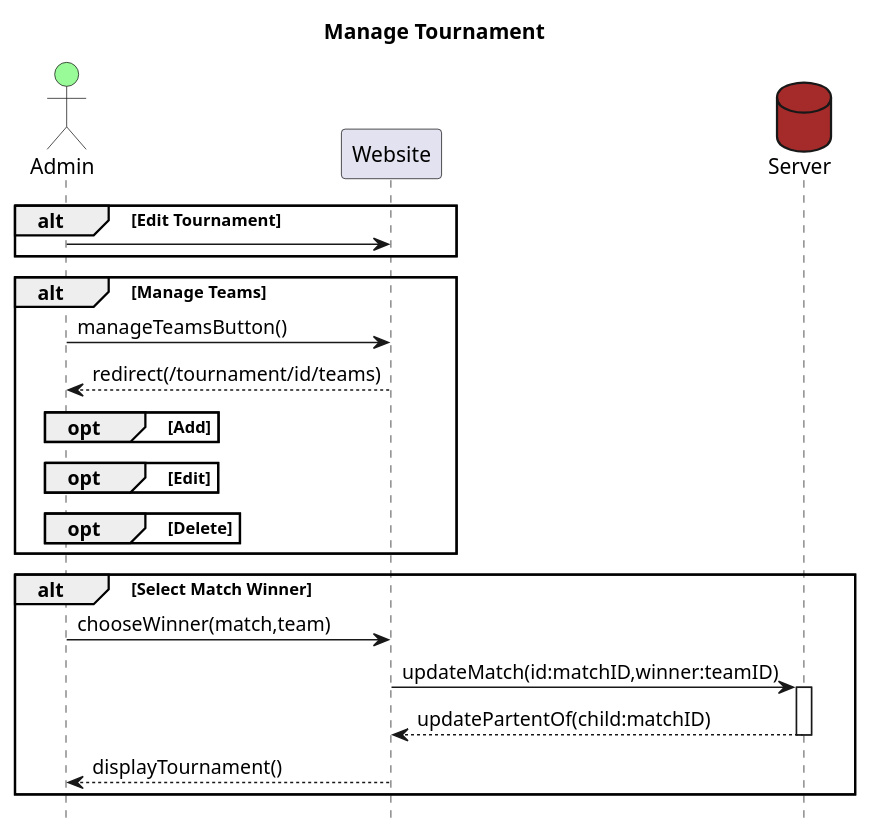
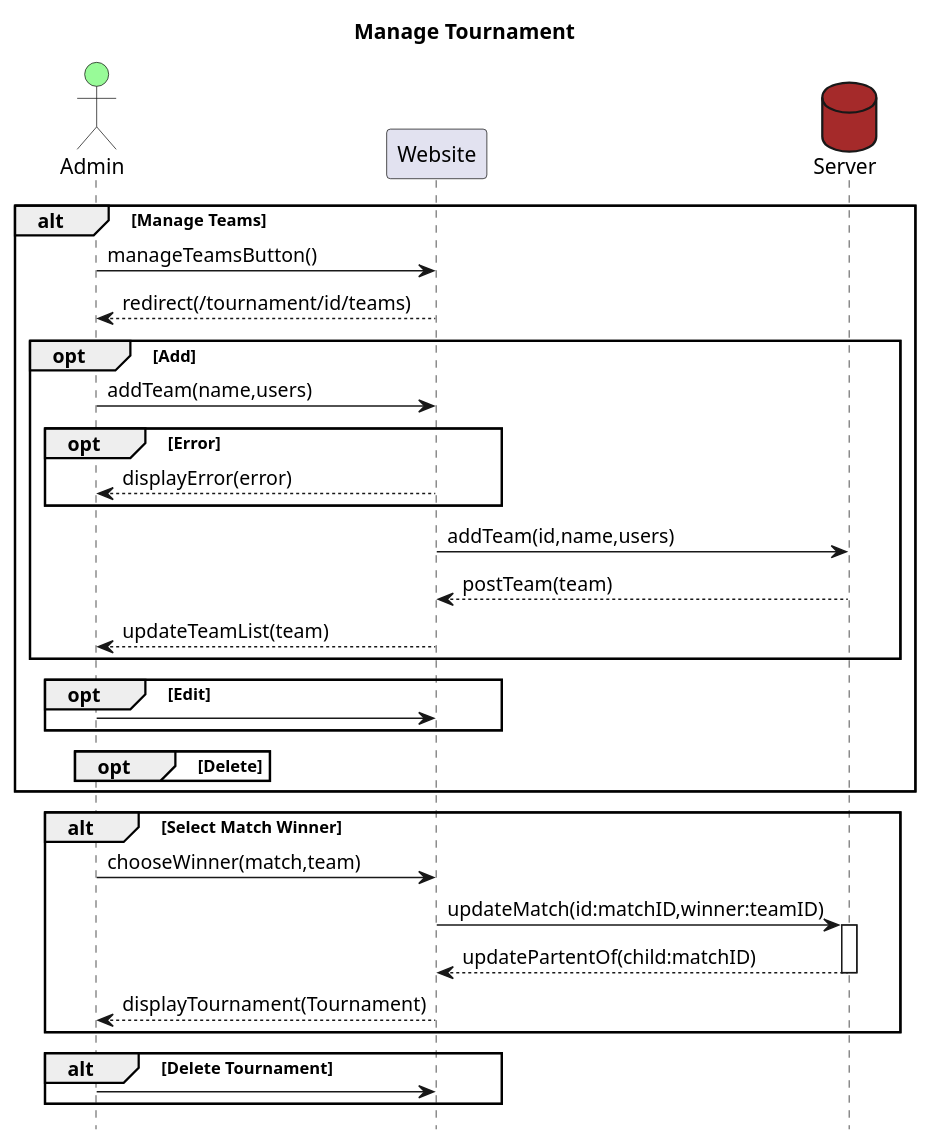
Before and after one commit to felixalbrigtsen/asura-tmdb: the diagram in documentation/sequence_diagrams/sequenceDiagramManage.puml, drawn with PlantUML.

Commit message:
added some elements to manage diagram

```diff
--- a/documentation/sequence_diagrams/sequenceDiagramManage.puml
+++ b/documentation/sequence_diagrams/sequenceDiagramManage.puml
@@ -1,36 +1,41 @@
 @startuml Manage Tournament
 title Manage Tournament
 Actor Admin #palegreen
 participant Website
 database Server #brown
 hide footbox
 
-
-
-alt Edit Tournament
-    Admin->Website: 
-end
-
 alt Manage Teams
     Admin->Website: manageTeamsButton()
     Website-->Admin: redirect(/tournament/id/teams)
     opt Add 
+        Admin->Website: addTeam(name,users)
+            opt Error
+                Website-->Admin: displayError(error)
+            end
+        Website->Server: addTeam(id,name,users)
+        Server-->Website: postTeam(team)
+        Website-->Admin: updateTeamList(team)
     end
-    opt Edit 
+    opt Edit
+        Admin->Website: 
     end
     opt Delete
     end
 end
 
 alt Select Match Winner
     Admin->Website: chooseWinner(match,team)
     Website->Server: updateMatch(id:matchID,winner:teamID)
         activate Server
     Server-->Website: updatePartentOf(child:matchID)
         deactivate Server
-    Website-->Admin: displayTournament()
+    Website-->Admin: displayTournament(Tournament)
+end
+
+alt Delete Tournament
+    Admin->Website: 
 end
 
 
-
 @enduml
```
